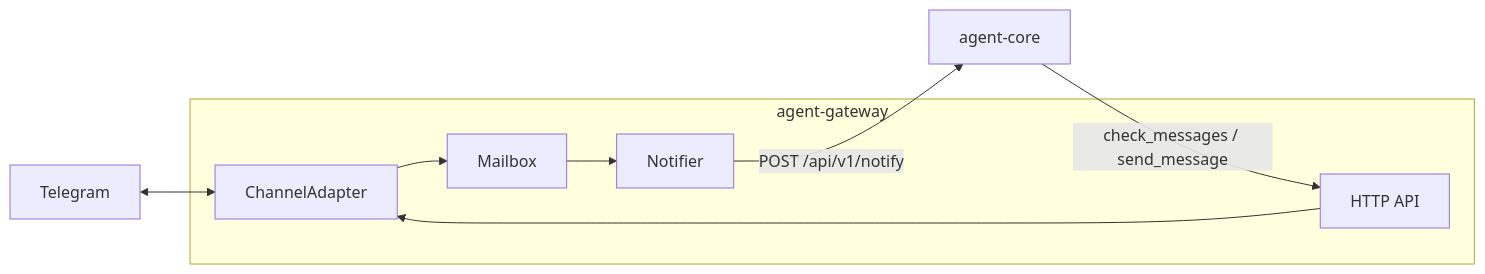
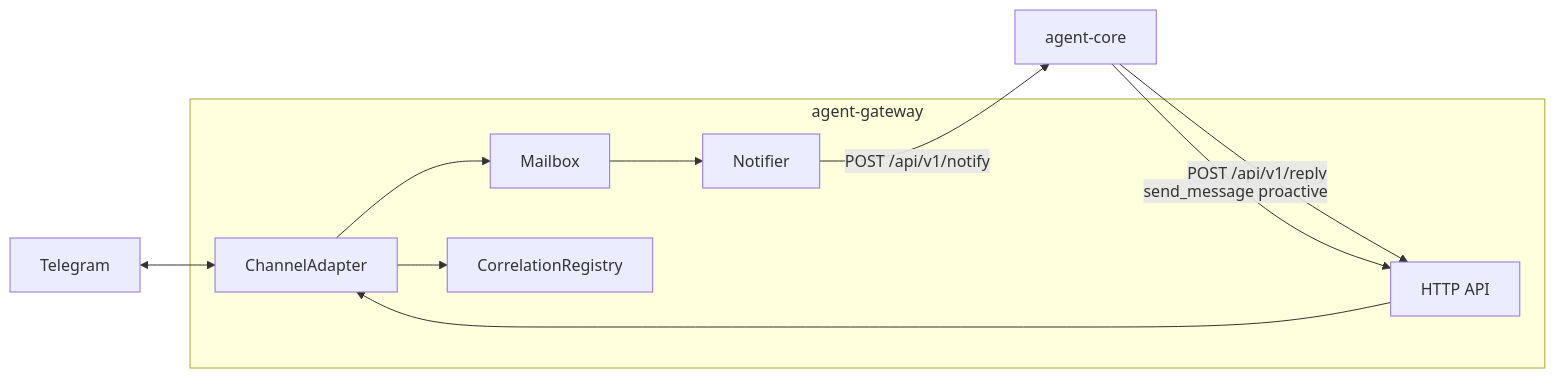
One commit to graeme-lockley/digital-worker changed the second of 2 diagrams in docs/specs/gateway.md. Above: the diagram before and after it, drawn with Mermaid. The commit also changed other lines of this file and 32 other files, not shown here.

````diff
--- a/docs/specs/gateway.md
+++ b/docs/specs/gateway.md
@@ -39,15 +50,18 @@
 ```mermaid
 flowchart LR
   TG[Telegram]
   subgraph gw [agent-gateway]
     ADP[ChannelAdapter]
     MBX[Mailbox]
+    COR[CorrelationRegistry]
     NOT[Notifier]
     API[HTTP API]
   end
   AC[agent-core]
   TG <--> ADP --> MBX
+  ADP --> COR
   MBX --> NOT -->|POST /api/v1/notify| AC
-  AC -->|check_messages / send_message| API
+  AC -->|POST /api/v1/reply| API
   API --> ADP
+  AC -->|send_message proactive| API
 ```
````
